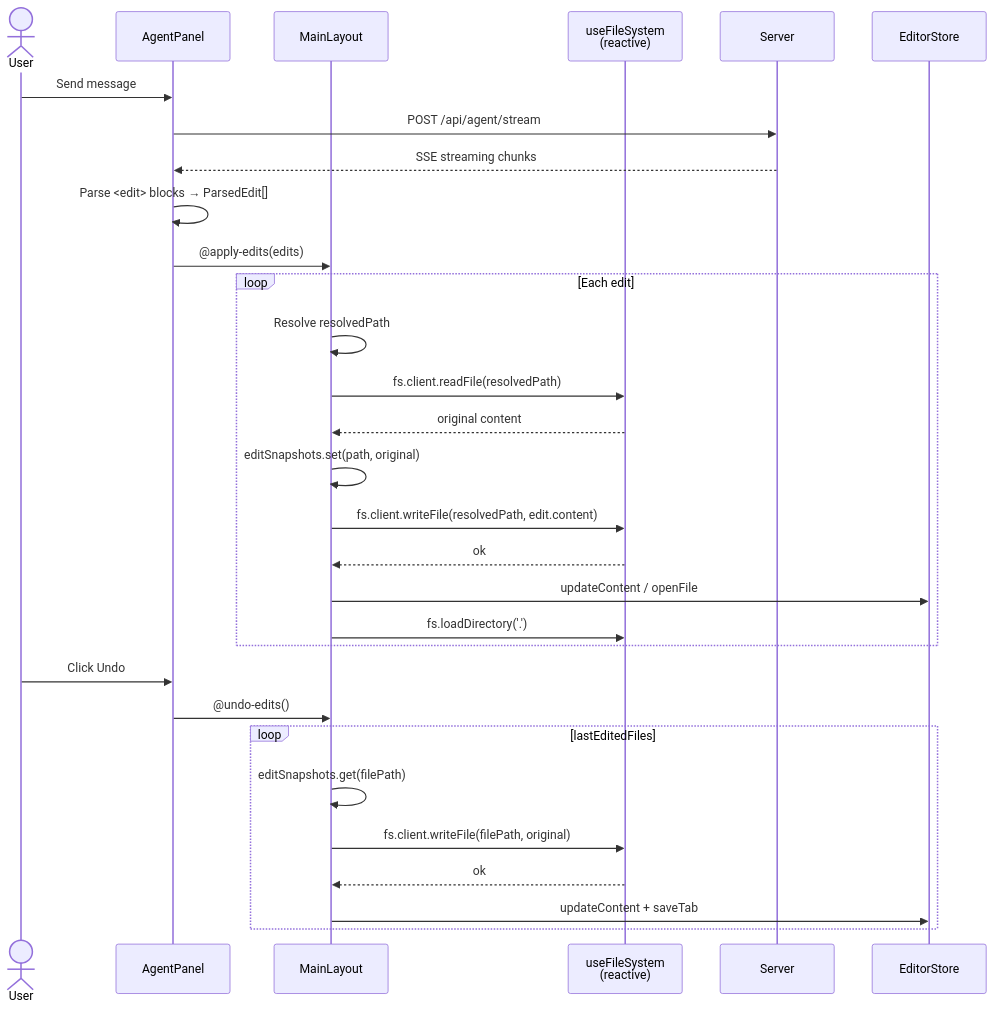
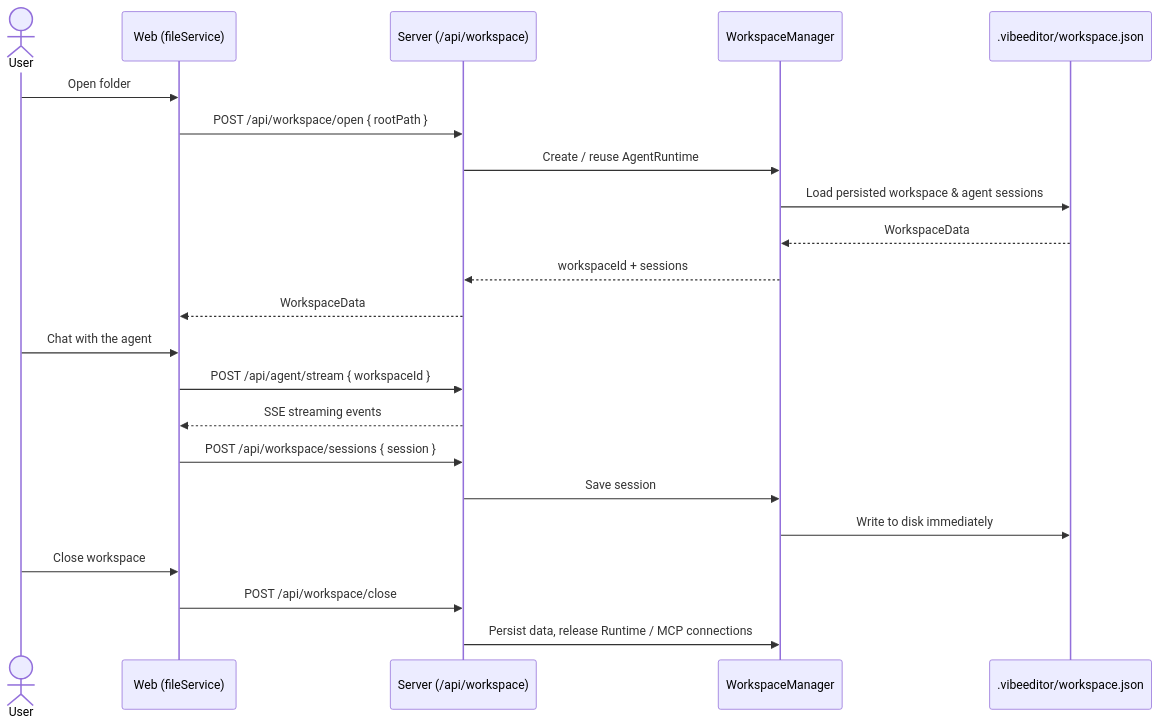
One commit to LSF1106/VibeEditor changed the fifth of 5 diagrams in README_EN.md. Above: the diagram before and after it, drawn with Mermaid. The commit also changed other lines of this file and 9 other files, not shown here.

````diff
--- a/README_EN.md
+++ b/README_EN.md
@@ -201,36 +245,27 @@
 ```mermaid
 sequenceDiagram
     actor User
-    participant AgentPanel
-    participant MainLayout
-    participant useFileSystem as useFileSystem<br/>(reactive)
-    participant Server
-    participant EditorStore
+    participant Web as Web (fileService)
+    participant Server as Server (/api/workspace)
+    participant WM as WorkspaceManager
+    participant Disk as .vibeeditor/workspace.json
 
-    User->>AgentPanel: Send message
-    AgentPanel->>Server: POST /api/agent/stream
-    Server-->>AgentPanel: SSE streaming chunks
-    AgentPanel->>AgentPanel: Parse <edit> blocks → ParsedEdit[]
-    AgentPanel->>MainLayout: @apply-edits(edits)
+    User->>Web: Open folder
+    Web->>Server: POST /api/workspace/open { rootPath }
+    Server->>WM: Create / reuse AgentRuntime
+    WM->>Disk: Load persisted workspace & agent sessions
+    Disk-->>WM: WorkspaceData
+    WM-->>Server: workspaceId + sessions
+    Server-->>Web: WorkspaceData
 
-    loop Each edit
-        MainLayout->>MainLayout: Resolve resolvedPath
-        MainLayout->>useFileSystem: fs.client.readFile(resolvedPath)
-        useFileSystem-->>MainLayout: original content
-        MainLayout->>MainLayout: editSnapshots.set(path, original)
-        MainLayout->>useFileSystem: fs.client.writeFile(resolvedPath, edit.content)
-        useFileSystem-->>MainLayout: ok
-        MainLayout->>EditorStore: updateContent / openFile
-        MainLayout->>useFileSystem: fs.loadDirectory('.')
-    end
+    User->>Web: Chat with the agent
+    Web->>Server: POST /api/agent/stream { workspaceId }
+    Server-->>Web: SSE streaming events
+    Web->>Server: POST /api/workspace/sessions { session }
+    Server->>WM: Save session
+    WM->>Disk: Write to disk immediately
 
-    User->>AgentPanel: Click Undo
-    AgentPanel->>MainLayout: @undo-edits()
-
-    loop lastEditedFiles
-        MainLayout->>MainLayout: editSnapshots.get(filePath)
-        MainLayout->>useFileSystem: fs.client.writeFile(filePath, original)
-        useFileSystem-->>MainLayout: ok
-        MainLayout->>EditorStore: updateContent + saveTab
-    end
+    User->>Web: Close workspace
+    Web->>Server: POST /api/workspace/close
+    Server->>WM: Persist data, release Runtime / MCP connections
 ```
````
